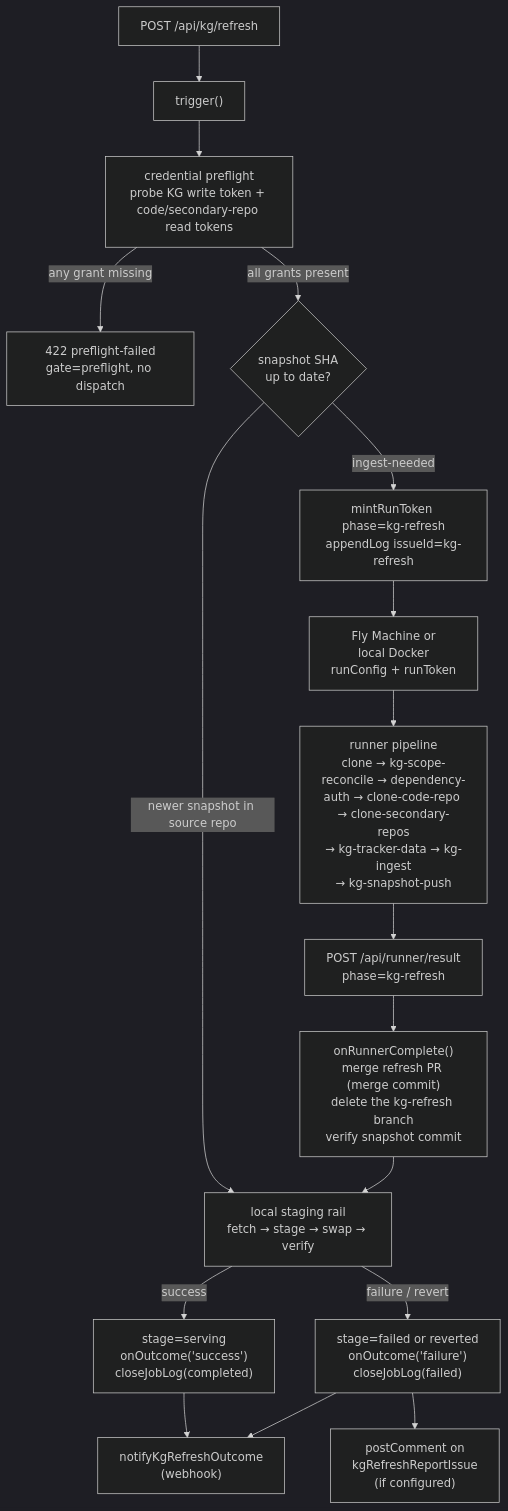
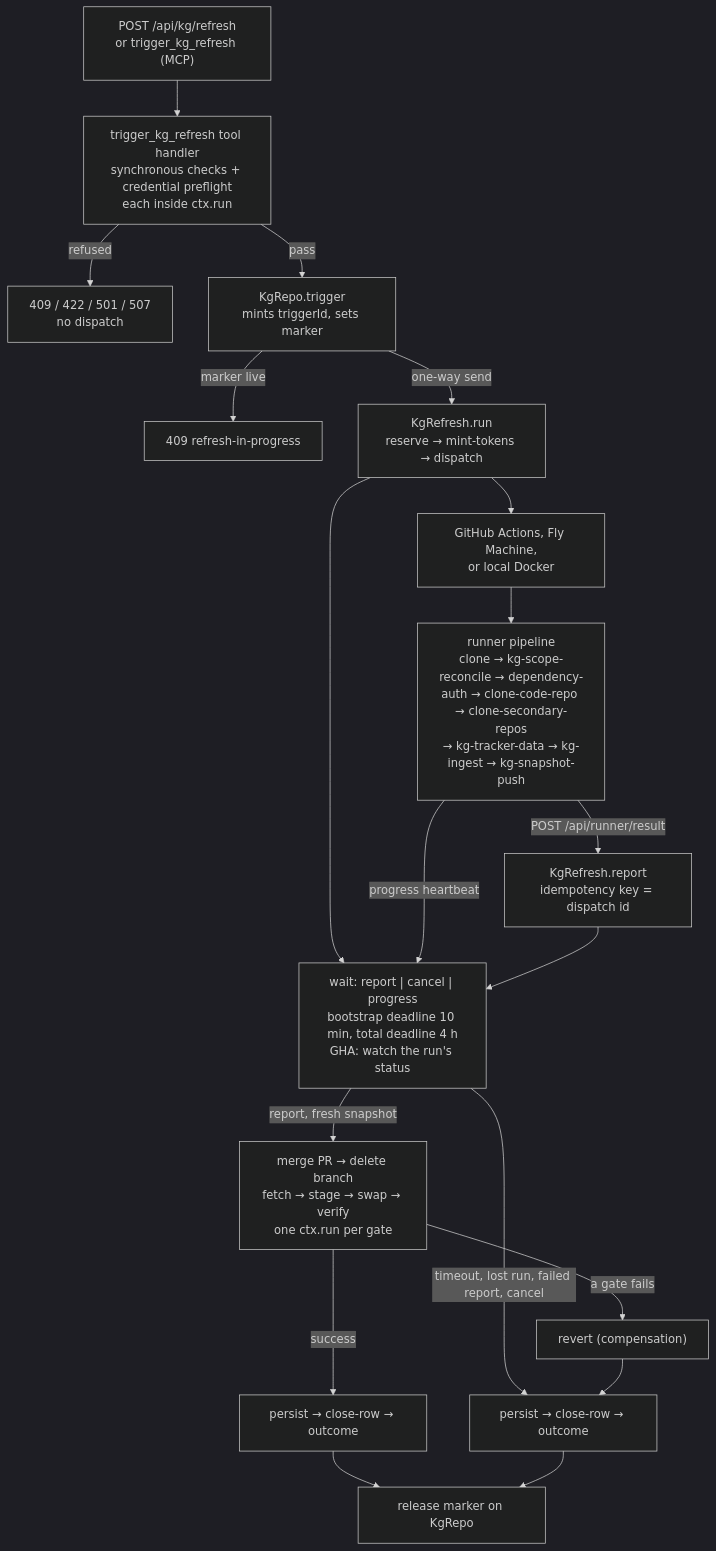
Before and after one commit to BuildDownAI/AI-Implement: the diagram in docs/issueless-runs.md, drawn with Mermaid (dark theme). The commit also changed other lines of this file and 6 other files, not shown here.

Commit message:
AII-900: Write the workflow pattern docs and the glossary terms for kg-refresh on Restate

````diff
--- a/docs/issueless-runs.md
+++ b/docs/issueless-runs.md
@@ -25,19 +25,21 @@
 ```mermaid
 flowchart TD
-    A["POST /api/kg/refresh"] --> B["trigger()"]
-    B --> PF["credential preflight\nprobe KG write token + code/secondary-repo read tokens"]
-    PF -->|"any grant missing"| PFF["422 preflight-failed\ngate=preflight, no dispatch"]
-    PF -->|"all grants present"| C{"snapshot SHA\nup to date?"}
-    C -->|"newer snapshot in source repo"| H["local staging rail\nfetch → stage → swap → verify"]
-    C -->|"ingest-needed"| D["mintRunToken phase=kg-refresh\nappendLog issueId=kg-refresh"]
-    D --> E["Fly Machine or\nlocal Docker\nrunConfig + runToken"]
-    E --> F["runner pipeline\nclone → kg-scope-reconcile → dependency-auth → clone-code-repo → clone-secondary-repos\n→ kg-tracker-data → kg-ingest\n→ kg-snapshot-push"]
-    F --> G["POST /api/runner/result\nphase=kg-refresh"]
-    G --> I["onRunnerComplete()\nmerge refresh PR (merge commit)\ndelete the kg-refresh branch\nverify snapshot commit"]
-    I --> H
-    H -->|"success"| J["stage=serving\nonOutcome('success')\ncloseJobLog(completed)"]
-    H -->|"failure / revert"| K["stage=failed or reverted\nonOutcome('failure')\ncloseJobLog(failed)"]
-    J --> L["notifyKgRefreshOutcome\n(webhook)"]
-    K --> L
-    K --> M["postComment on\nkgRefreshReportIssue\n(if configured)"]
+    A["POST /api/kg/refresh\nor trigger_kg_refresh (MCP)"] --> B["trigger_kg_refresh tool handler\nsynchronous checks + credential preflight\neach inside ctx.run"]
+    B -->|"refused"| R["409 / 422 / 501 / 507\nno dispatch"]
+    B -->|"pass"| O["KgRepo.trigger\nmints triggerId, sets marker"]
+    O -->|"marker live"| O2["409 refresh-in-progress"]
+    O -->|"one-way send"| W["KgRefresh.run\nreserve → mint-tokens → dispatch"]
+    W --> E["GitHub Actions, Fly Machine,\nor local Docker"]
+    E --> F["runner pipeline\nclone → kg-scope-reconcile → dependency-auth → clone-code-repo → clone-secondary-repos\n→ kg-tracker-data → kg-ingest → kg-snapshot-push"]
+    W --> T["wait: report | cancel | progress\nbootstrap deadline 10 min, total deadline 4 h\nGHA: watch the run's status"]
+    F -->|"progress heartbeat"| T
+    F -->|"POST /api/runner/result"| G["KgRefresh.report\nidempotency key = dispatch id"]
+    G --> T
+    T -->|"report, fresh snapshot"| I["merge PR → delete branch\nfetch → stage → swap → verify\none ctx.run per gate"]
+    T -->|"timeout, lost run, failed report, cancel"| K["persist → close-row → outcome"]
+    I -->|"a gate fails"| V["revert (compensation)"]
+    V --> K
+    I -->|"success"| J["persist → close-row → outcome"]
+    J --> Z["release marker on KgRepo"]
+    K --> Z
 ```
````
